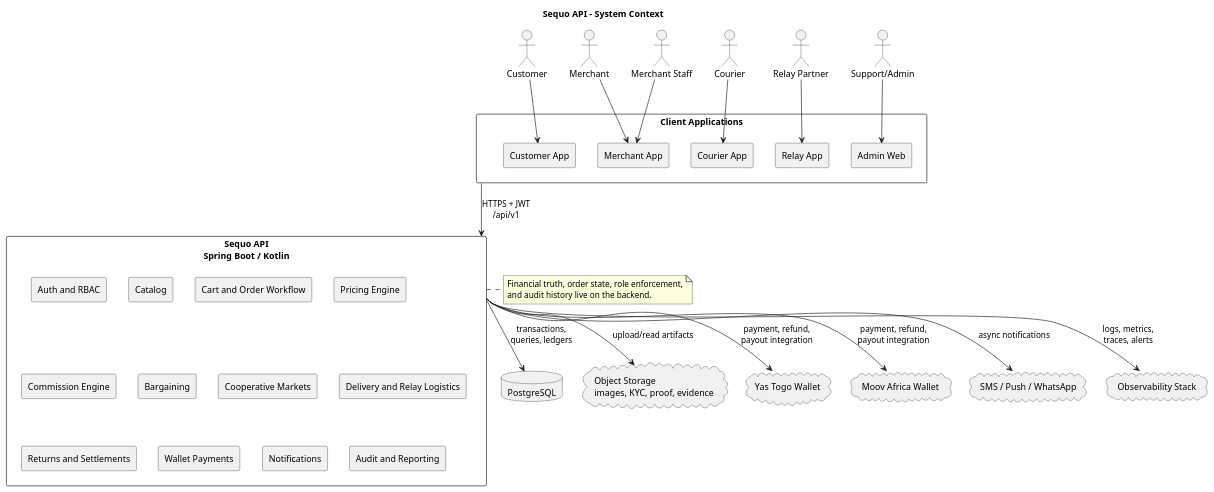
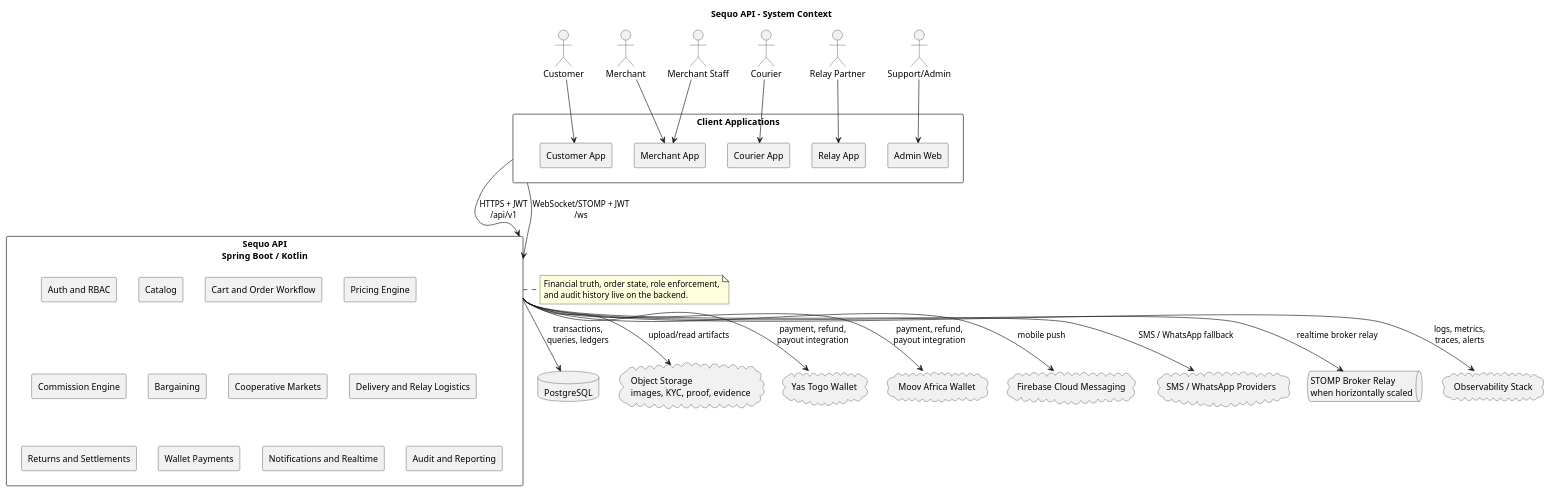
One commit to OresteGabo/sequo-api changed the diagram in docs/diagrams/plantuml/system-context.puml. Above: the diagram before and after it, drawn with PlantUML. The commit also changed other lines of this file, not shown here.

Commit message:
Update system-context.puml to document WebSocket support, FCM integration, and STOMP broker relay for real-time notifications in Sequo API

```diff
--- a/docs/diagrams/plantuml/system-context.puml
+++ b/docs/diagrams/plantuml/system-context.puml
@@ -1,66 +1,71 @@
 @startuml
 title Sequo API - System Context
 
 skinparam componentStyle rectangle
 skinparam shadowing false
 skinparam packageStyle rectangle
 
 actor Customer
 actor Merchant
 actor "Merchant Staff" as MerchantStaff
 actor Courier
 actor "Relay Partner" as RelayPartner
 actor "Support/Admin" as Admin
 
 rectangle "Client Applications" as Clients {
   [Customer App] as CustomerApp
   [Merchant App] as MerchantApp
   [Courier App] as CourierApp
   [Relay App] as RelayApp
   [Admin Web] as AdminWeb
 }
 
 rectangle "Sequo API\nSpring Boot / Kotlin" as Api {
   [Auth and RBAC]
   [Catalog]
   [Cart and Order Workflow]
   [Pricing Engine]
   [Commission Engine]
   [Bargaining]
   [Cooperative Markets]
   [Delivery and Relay Logistics]
   [Returns and Settlements]
   [Wallet Payments]
-  [Notifications]
+  [Notifications and Realtime]
   [Audit and Reporting]
 }
 
 database "PostgreSQL" as Db
 cloud "Object Storage\nimages, KYC, proof, evidence" as Storage
 cloud "Yas Togo Wallet" as Yas
 cloud "Moov Africa Wallet" as Moov
-cloud "SMS / Push / WhatsApp" as Notify
+cloud "Firebase Cloud Messaging" as FCM
+cloud "SMS / WhatsApp Providers" as Notify
+queue "STOMP Broker Relay\nwhen horizontally scaled" as StompBroker
 cloud "Observability Stack" as Obs
 
 Customer --> CustomerApp
 Merchant --> MerchantApp
 MerchantStaff --> MerchantApp
 Courier --> CourierApp
 RelayPartner --> RelayApp
 Admin --> AdminWeb
 
 Clients --> Api : HTTPS + JWT\n/api/v1
+Clients --> Api : WebSocket/STOMP + JWT\n/ws
 
 Api --> Db : transactions,\nqueries, ledgers
 Api --> Storage : upload/read artifacts
 Api --> Yas : payment, refund,\npayout integration
 Api --> Moov : payment, refund,\npayout integration
-Api --> Notify : async notifications
+Api --> FCM : mobile push
+Api --> Notify : SMS / WhatsApp fallback
+Api --> StompBroker : realtime broker relay
 Api --> Obs : logs, metrics,\ntraces, alerts
 
 note right of Api
 Financial truth, order state, role enforcement,
 and audit history live on the backend.
 end note
 
 @enduml
```
